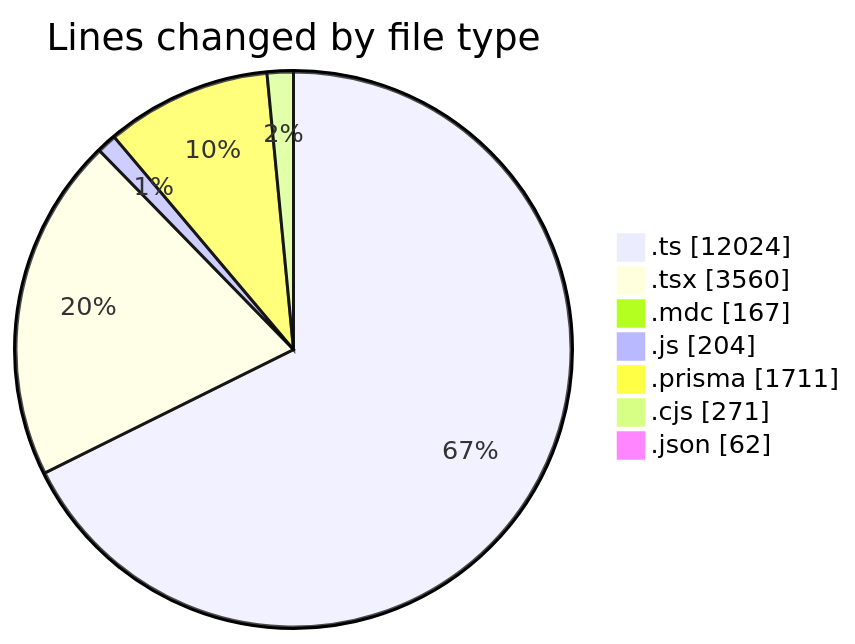
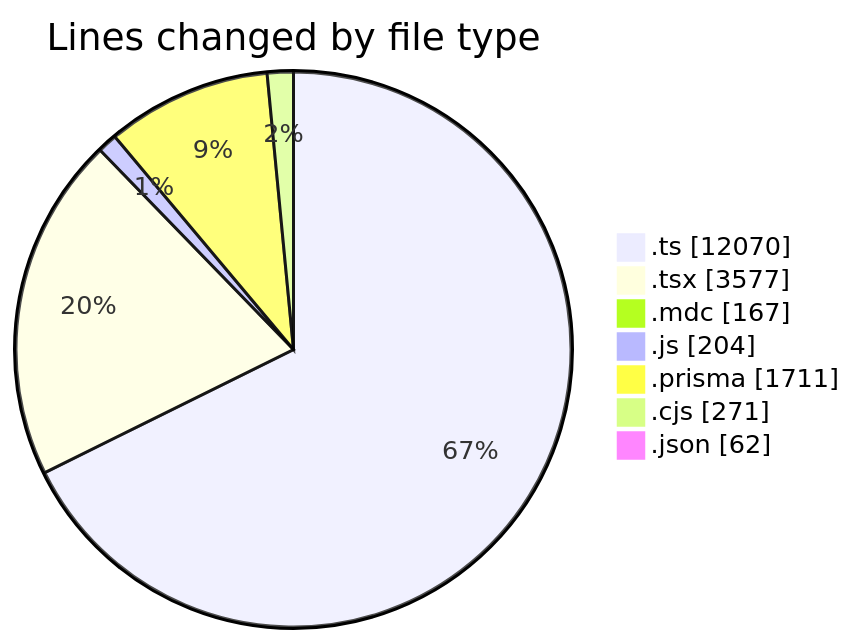
One commit to CELIANVF/code-tracking changed the first of 2 diagrams in 2025-06-06/ecodeli-1/README.md. Above: the diagram before and after it, drawn with Mermaid. The commit also changed other lines of this file and 1 other file, not shown here.

````diff
--- a/2025-06-06/ecodeli-1/README.md
+++ b/2025-06-06/ecodeli-1/README.md
@@ -66,11 +66,11 @@
 ```mermaid
 pie showData
 title Lines changed by file type
-".ts" : 12024
-".tsx" : 3560
+".ts" : 12070
+".tsx" : 3577
 ".mdc" : 167
 ".js" : 204
 ".prisma" : 1711
 ".cjs" : 271
 ".json" : 62
 ```
````
